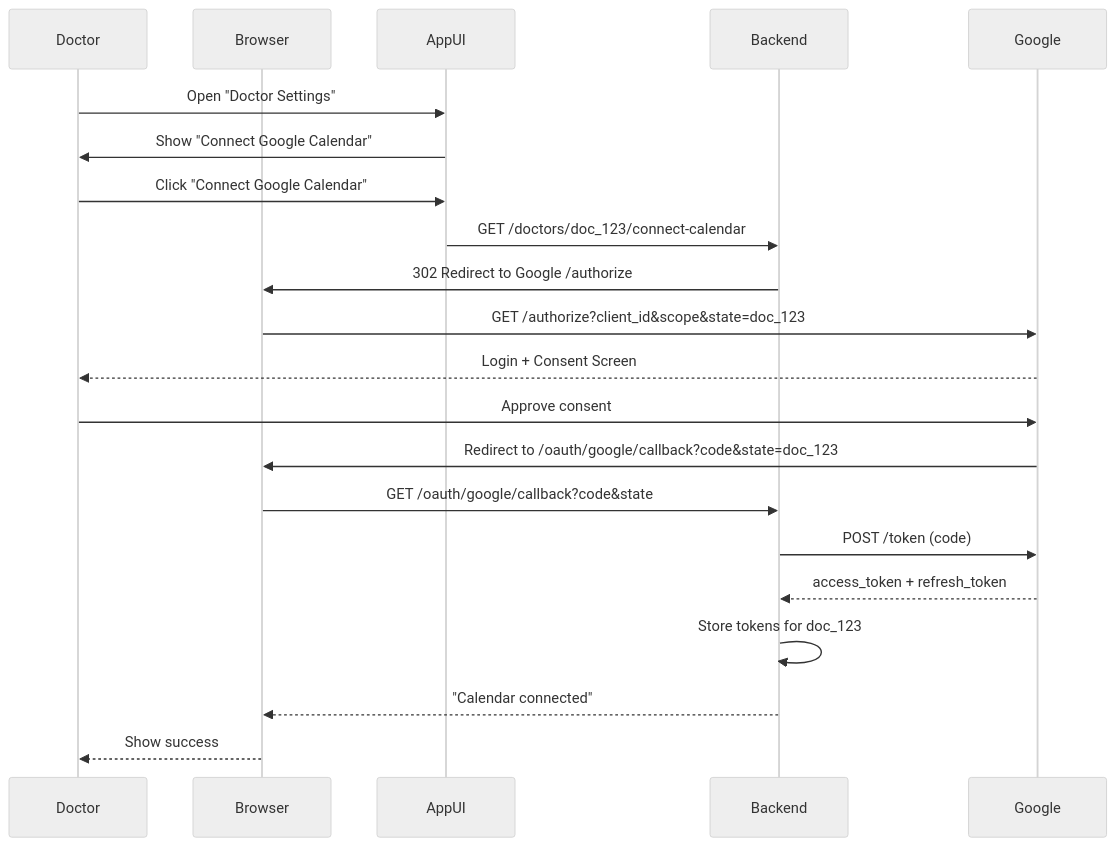
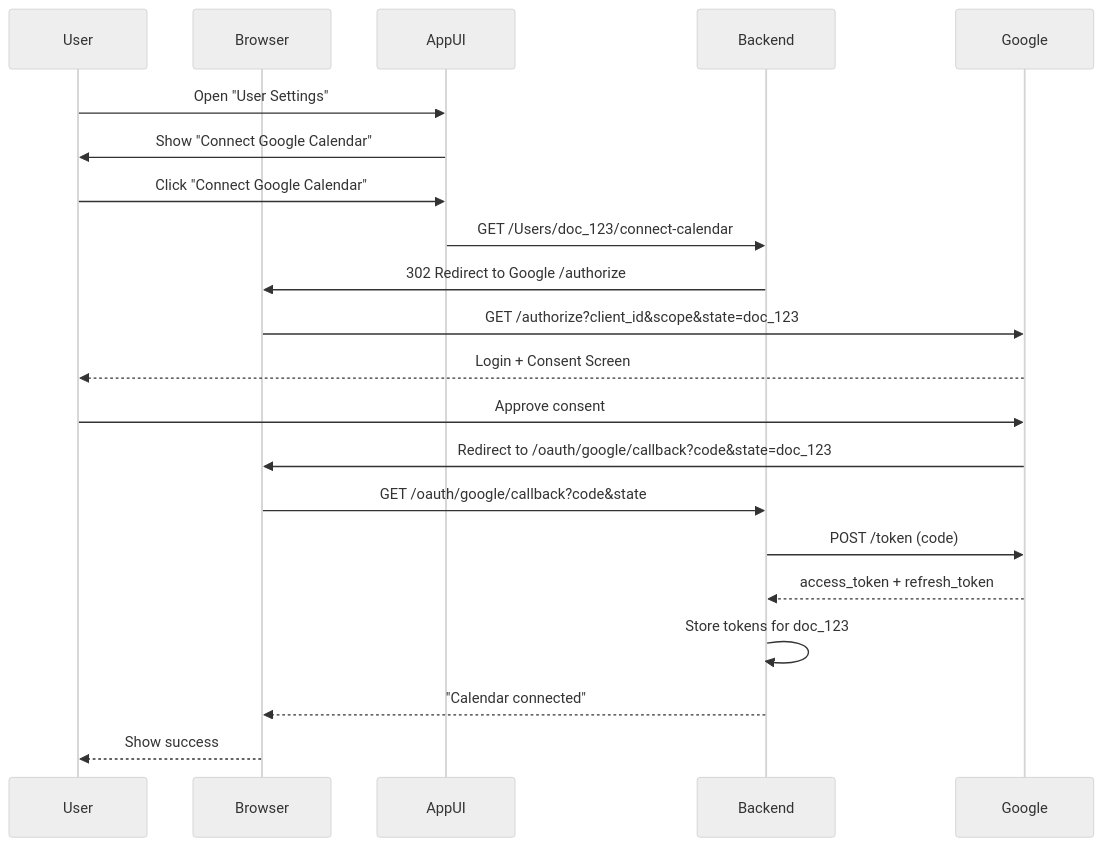
The diagram in sequence_diagrams/user_registration.mmd (abhinavssram/BookingAgent), drawn with Mermaid (neutral theme) before and after one commit. The commit also changed 5 other files, not shown here.

```diff
--- a/sequence_diagrams/user_registration.mmd
+++ b/sequence_diagrams/user_registration.mmd
@@ -1,22 +1,22 @@
 sequenceDiagram
-    participant Doctor
+    participant User
     participant Browser
     participant AppUI
     participant Backend
     participant Google
 
-    Doctor->>AppUI: Open "Doctor Settings"
-    AppUI->>Doctor: Show "Connect Google Calendar"
-    Doctor->>AppUI: Click "Connect Google Calendar"
-    AppUI->>Backend: GET /doctors/doc_123/connect-calendar
+    User->>AppUI: Open "User Settings"
+    AppUI->>User: Show "Connect Google Calendar"
+    User->>AppUI: Click "Connect Google Calendar"
+    AppUI->>Backend: GET /Users/doc_123/connect-calendar
     Backend->>Browser: 302 Redirect to Google /authorize
     Browser->>Google: GET /authorize?client_id&scope&state=doc_123
-    Google-->>Doctor: Login + Consent Screen
-    Doctor->>Google: Approve consent
+    Google-->>User: Login + Consent Screen
+    User->>Google: Approve consent
     Google->>Browser: Redirect to /oauth/google/callback?code&state=doc_123
     Browser->>Backend: GET /oauth/google/callback?code&state
     Backend->>Google: POST /token (code)
     Google-->>Backend: access_token + refresh_token
     Backend->>Backend: Store tokens for doc_123
     Backend-->>Browser: "Calendar connected"
-    Browser-->>Doctor: Show success
+    Browser-->>User: Show success
```
